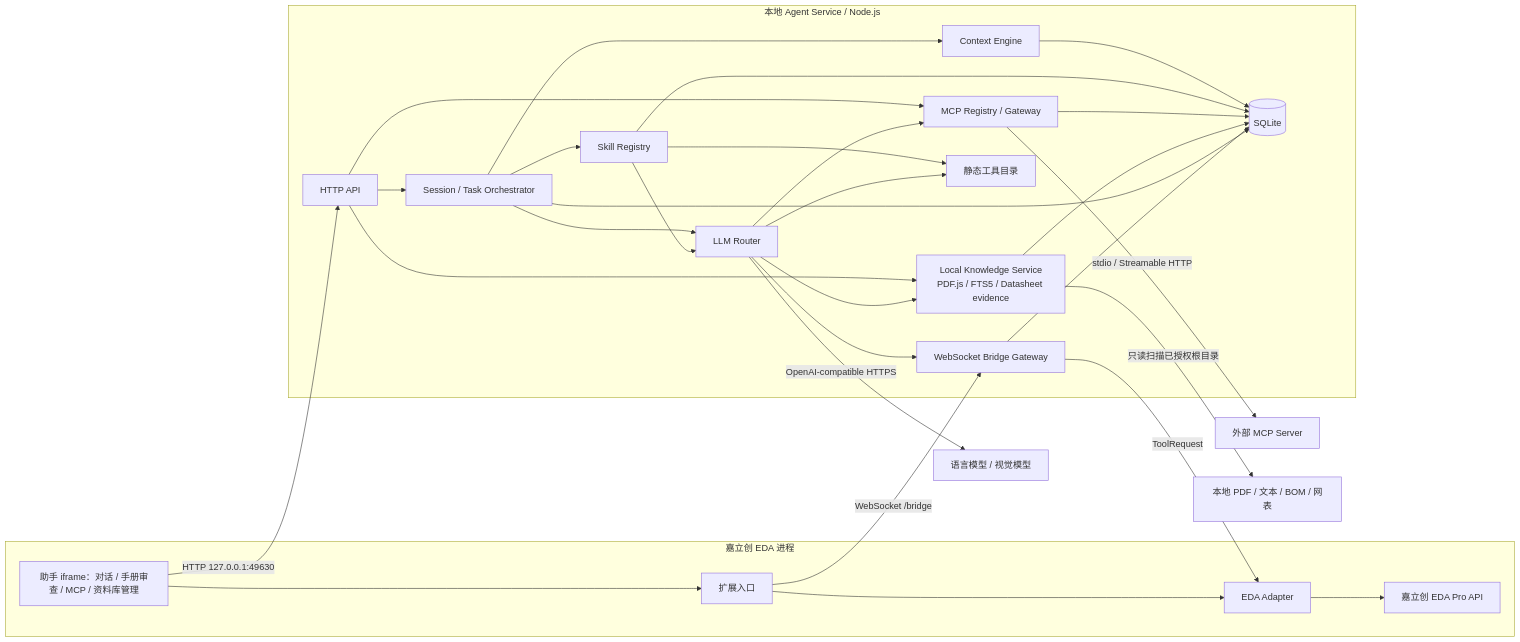
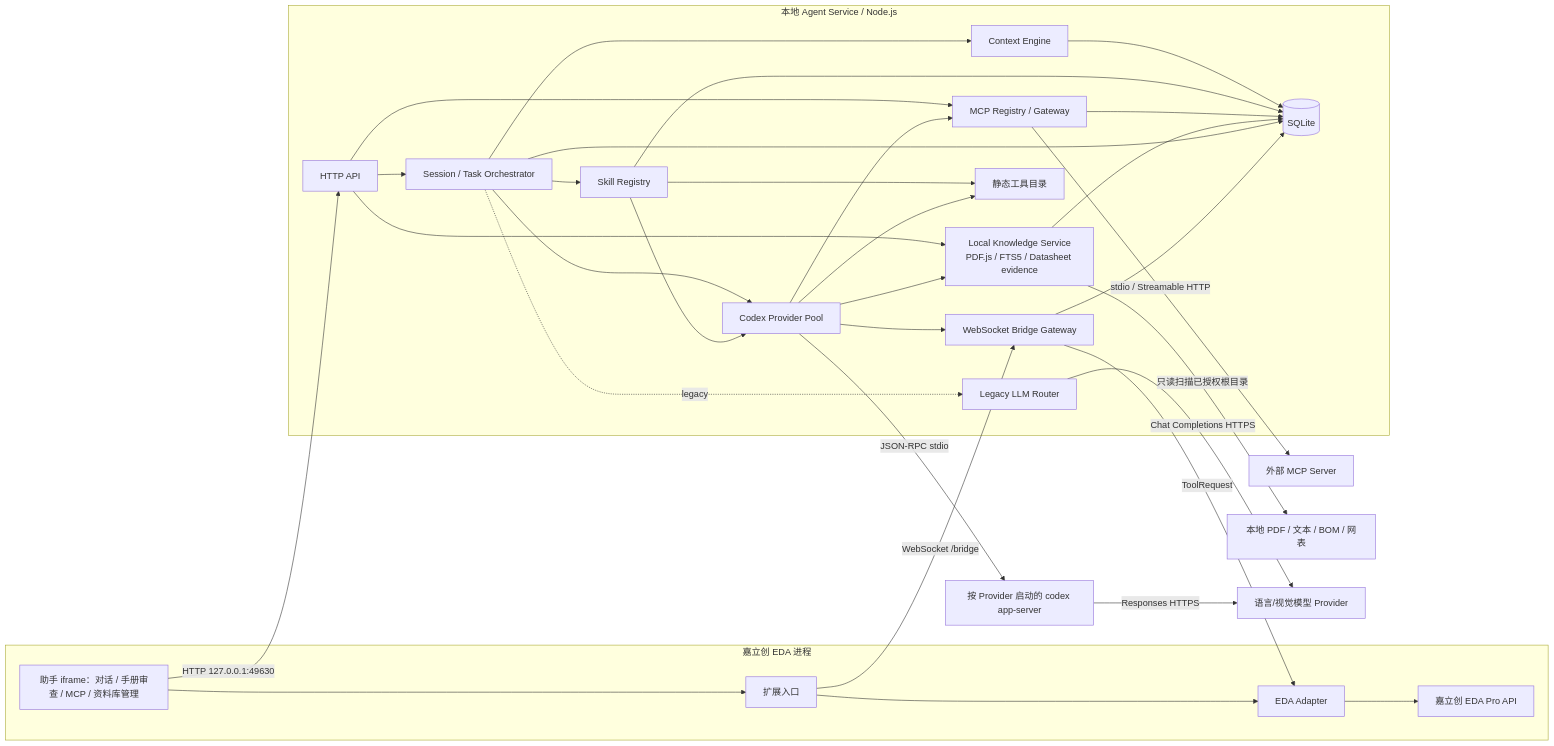
One commit to ferren/JLCircuit-Agent changed the second of 9 diagrams in docs/current-architecture.md. Above: the diagram before and after it, drawn with Mermaid. The commit also changed other lines of this file and 32 other files, not shown here.

First line of the commit message:
fix: batch move errors, inline write approval, and architecture updates

````diff
--- a/docs/current-architecture.md
+++ b/docs/current-architecture.md
@@ -180,51 +187,55 @@
 ```mermaid
 flowchart LR
     subgraph EDA[嘉立创 EDA 进程]
         UI[助手 iframe：对话 / 手册审查 / MCP / 资料库管理]
         EXT[扩展入口]
         ADAPTER[EDA Adapter]
         API[嘉立创 EDA Pro API]
         UI --> EXT
         EXT --> ADAPTER
         ADAPTER --> API
     end
 
     subgraph LOCAL[本地 Agent Service / Node.js]
         HTTP[HTTP API]
         SESSION[Session / Task Orchestrator]
         CONTEXT[Context Engine]
         SKILLS[Skill Registry]
         MCPGW[MCP Registry / Gateway]
         KNOWLEDGE[Local Knowledge Service<br/>PDF.js / FTS5 / Datasheet evidence]
-        LLM[LLM Router]
+        POOL[Codex Provider Pool]
+        LEGACY[Legacy LLM Router]
         CATALOG[静态工具目录]
         BRIDGE[WebSocket Bridge Gateway]
         STORE[(SQLite)]
 
         HTTP --> SESSION
         HTTP --> MCPGW
         HTTP --> KNOWLEDGE
         SESSION --> CONTEXT
         CONTEXT --> STORE
-        SESSION --> LLM
+        SESSION --> POOL
+        SESSION -. legacy .-> LEGACY
         SESSION --> SKILLS
-        SKILLS --> LLM
+        SKILLS --> POOL
         SKILLS --> CATALOG
         SKILLS --> STORE
-        LLM --> MCPGW
-        LLM --> KNOWLEDGE
+        POOL --> MCPGW
+        POOL --> KNOWLEDGE
         MCPGW --> STORE
         KNOWLEDGE --> STORE
-        LLM --> CATALOG
-        LLM --> BRIDGE
+        POOL --> CATALOG
+        POOL --> BRIDGE
         SESSION --> STORE
         BRIDGE --> STORE
     end
 
     UI -- HTTP 127.0.0.1:49630 --> HTTP
     EXT -- WebSocket /bridge --> BRIDGE
     BRIDGE -- ToolRequest --> ADAPTER
     MCPGW -- stdio / Streamable HTTP --> MCPSERVER[外部 MCP Server]
     KNOWLEDGE -- 只读扫描已授权根目录 --> LOCALFILES[本地 PDF / 文本 / BOM / 网表]
-    LLM -- OpenAI-compatible HTTPS --> PROVIDER[语言模型 / 视觉模型]
+    POOL -- JSON-RPC stdio --> APPSERVER[按 Provider 启动的 codex app-server]
+    APPSERVER -- Responses HTTPS --> PROVIDER[语言/视觉模型 Provider]
+    LEGACY -- Chat Completions HTTPS --> PROVIDER
 ```
````
